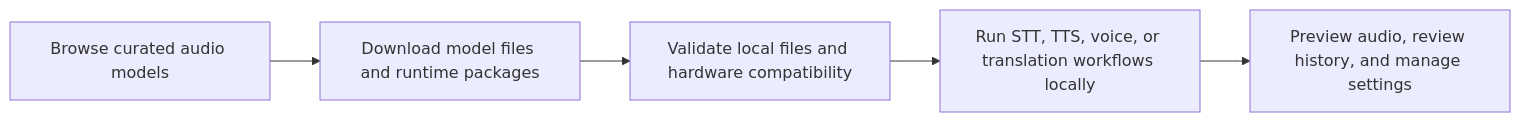
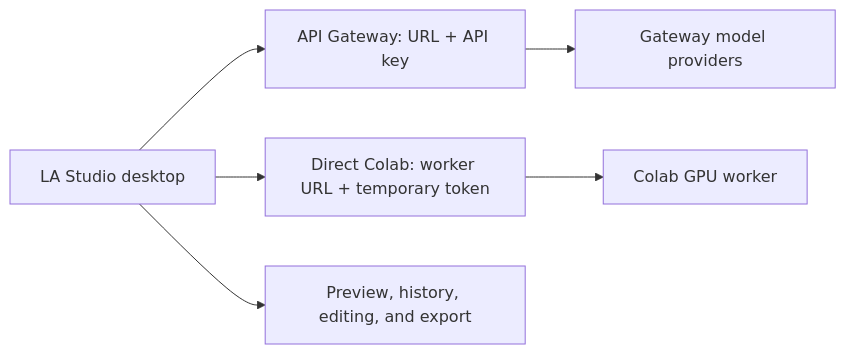
The diagram in README.md (khoinguyen59/kova-video-studio), drawn with Mermaid before and after one commit. The commit also changed other lines of this file and 254 other files, not shown here.

Commit message:
feat: integrate verified Colab remote inference workflows

````diff
--- a/README.md
+++ b/README.md
@@ -127,7 +135,8 @@
 ```mermaid
 flowchart LR
-    A["Browse curated audio models"] --> B["Download model files and runtime packages"]
-    B --> C["Validate local files and hardware compatibility"]
-    C --> D["Run STT, TTS, voice, or translation workflows locally"]
-    D --> E["Preview audio, review history, and manage settings"]
+    A["LA Studio desktop"] --> B["API Gateway: URL + API key"]
+    B --> C["Gateway model providers"]
+    A --> D["Direct Colab: worker URL + temporary token"]
+    D --> E["Colab GPU worker"]
+    A --> F["Preview, history, editing, and export"]
 ```
````
